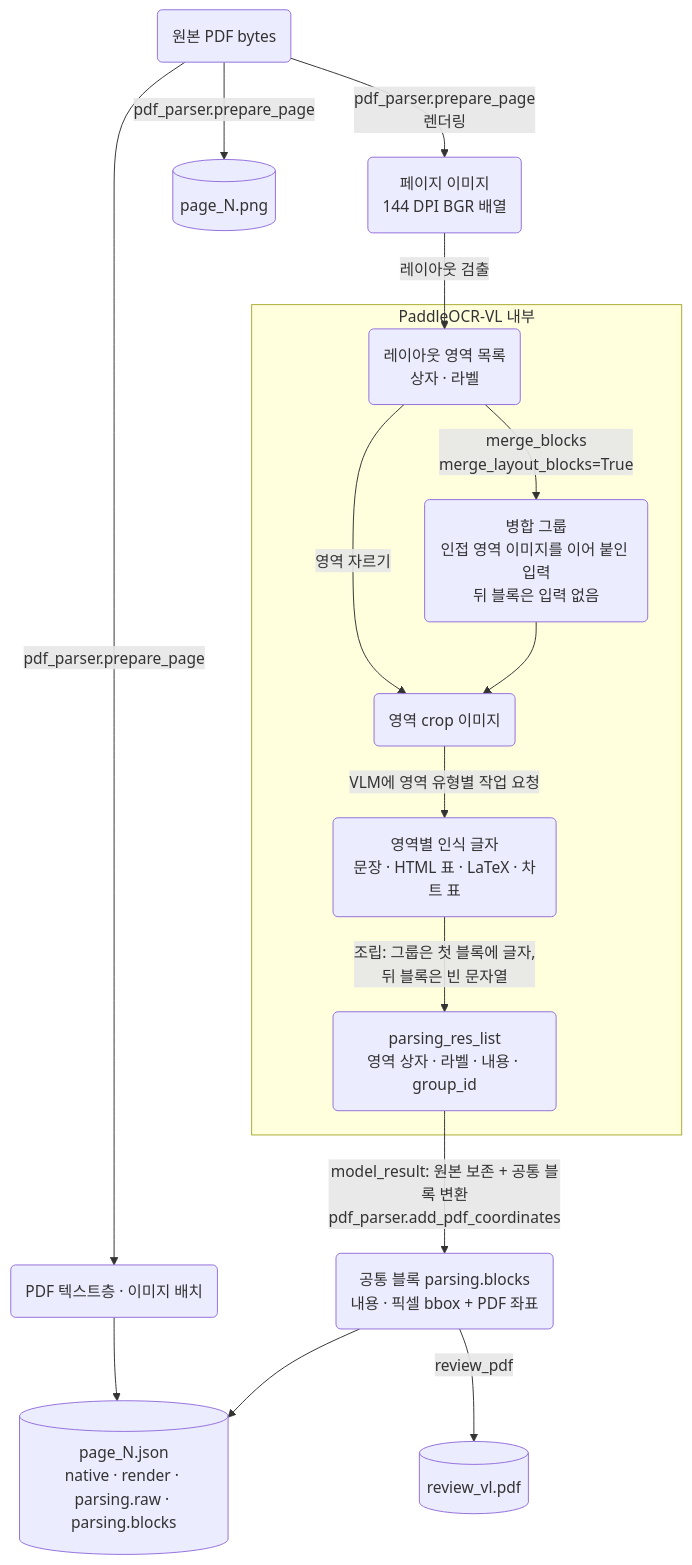
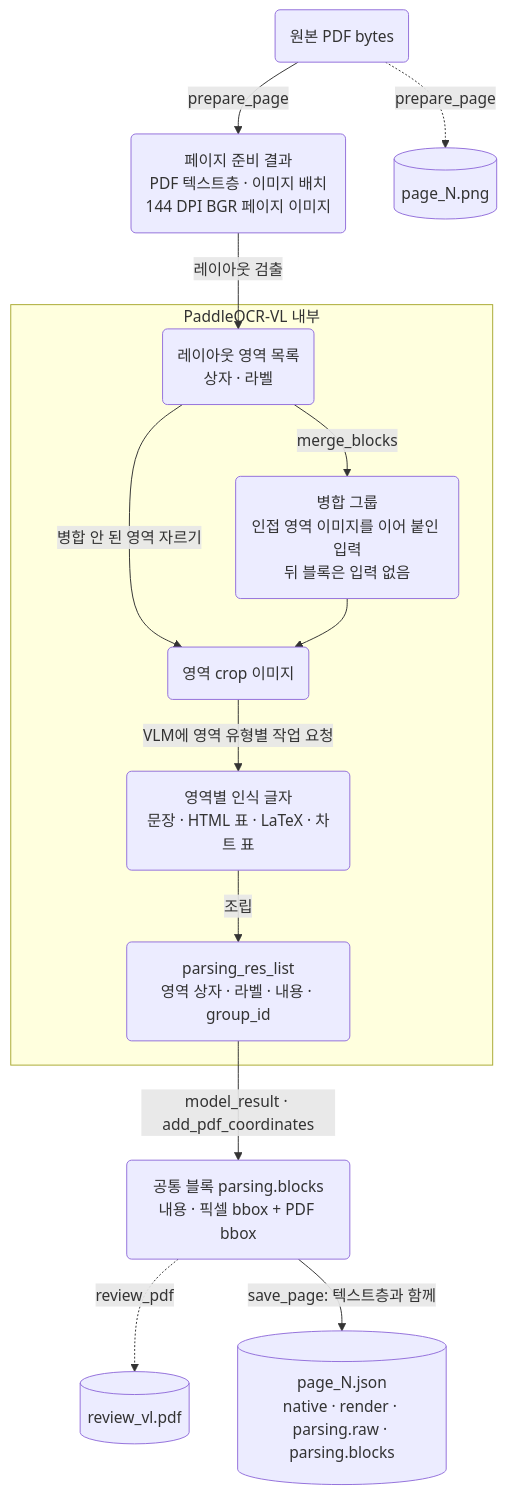
The diagram in docs/parsing/log/2026-10-30_vl.md (LeF-0213/MMDocIR_Multimodal_RAG), drawn with Mermaid before and after one commit. The commit also changed other lines of this file and 16 other files, not shown here.

````diff
--- a/docs/parsing/log/2026-10-30_vl.md
+++ b/docs/parsing/log/2026-10-30_vl.md
@@ -105,33 +105,30 @@
 ```mermaid
 flowchart TD
     PDF("원본 PDF bytes")
-    NATIVE("PDF 텍스트층 · 이미지 배치")
-    IMG("페이지 이미지<br/>144 DPI BGR 배열")
+    PAGE("페이지 준비 결과<br/>PDF 텍스트층 · 이미지 배치<br/>144 DPI BGR 페이지 이미지")
+    PNG[("page_N.png")]
 
     subgraph VLIN["PaddleOCR-VL 내부"]
         REG("레이아웃 영역 목록<br/>상자 · 라벨")
         GRP("병합 그룹<br/>인접 영역 이미지를 이어 붙인 입력<br/>뒤 블록은 입력 없음")
         CROP("영역 crop 이미지")
         GEN("영역별 인식 글자<br/>문장 · HTML 표 · LaTeX · 차트 표")
         RES("parsing_res_list<br/>영역 상자 · 라벨 · 내용 · group_id")
     end
 
-    BLOCKS("공통 블록 parsing.blocks<br/>내용 · 픽셀 bbox + PDF 좌표")
+    BLOCKS("공통 블록 parsing.blocks<br/>내용 · 픽셀 bbox + PDF bbox")
     PJSON[("page_N.json<br/>native · render · parsing.raw · parsing.blocks")]
-    PNG[("page_N.png")]
     REVIEW[("review_vl.pdf")]
 
-    PDF -->|"pdf_parser.prepare_page"| NATIVE
-    PDF -->|"pdf_parser.prepare_page<br/>렌더링"| IMG
-    PDF -->|"pdf_parser.prepare_page"| PNG
-    IMG -->|"레이아웃 검출"| REG
-    REG -->|"merge_blocks<br/>merge_layout_blocks=True"| GRP
-    REG -->|"영역 자르기"| CROP
+    PDF -->|"prepare_page"| PAGE
+    PDF -.->|"prepare_page"| PNG
+    PAGE -->|"레이아웃 검출"| REG
+    REG -->|"merge_blocks"| GRP
+    REG -->|"병합 안 된 영역 자르기"| CROP
     GRP --> CROP
     CROP -->|"VLM에 영역 유형별 작업 요청"| GEN
-    GEN -->|"조립: 그룹은 첫 블록에 글자,<br/>뒤 블록은 빈 문자열"| RES
-    RES -->|"model_result: 원본 보존 + 공통 블록 변환<br/>pdf_parser.add_pdf_coordinates"| BLOCKS
-    NATIVE --> PJSON
-    BLOCKS --> PJSON
-    BLOCKS -->|"review_pdf"| REVIEW
+    GEN -->|"조립"| RES
+    RES -->|"model_result · add_pdf_coordinates"| BLOCKS
+    BLOCKS -.->|"review_pdf"| REVIEW
+    BLOCKS -->|"save_page: 텍스트층과 함께"| PJSON
 ```
````
